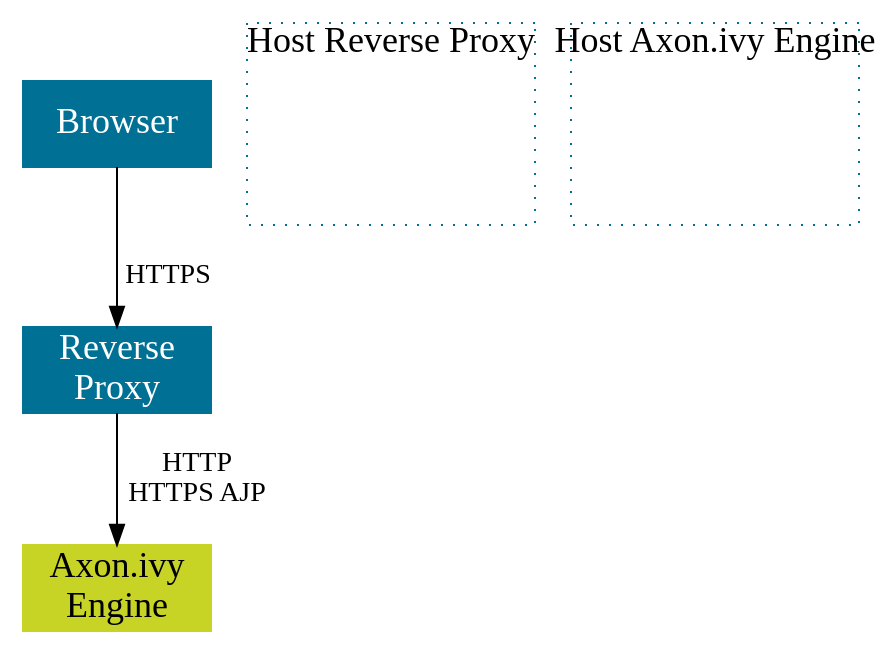
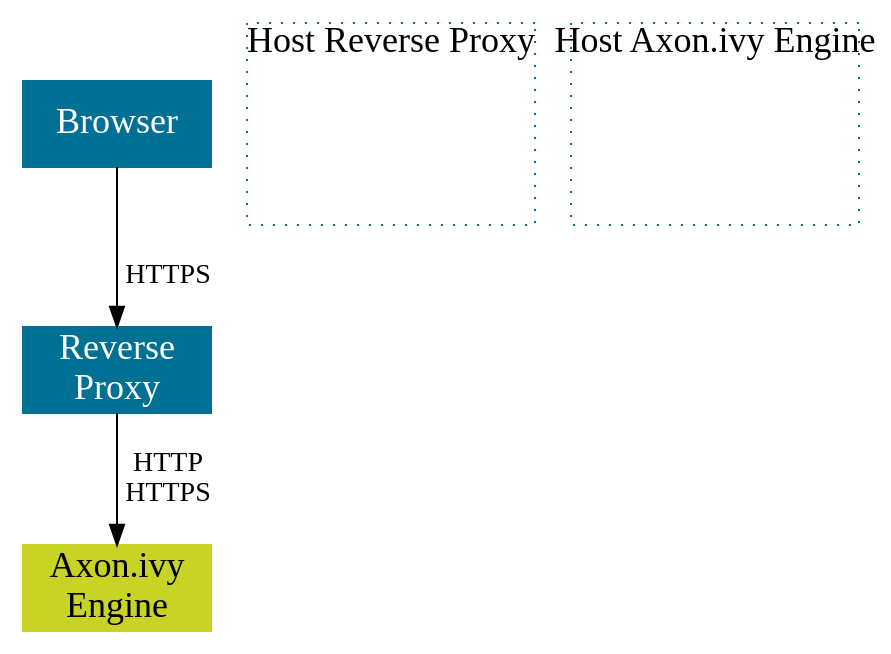
Before and after one commit to bernhardAxonIvy/doc: the diagram in source/engine-guide/integration/reverse-proxy/secure-setup/different-host.dot, drawn with Graphviz. The commit also changed 7 other files, not shown here.

```diff
--- a/source/engine-guide/integration/reverse-proxy/secure-setup/different-host.dot
+++ b/source/engine-guide/integration/reverse-proxy/secure-setup/different-host.dot
@@ -1,22 +1,22 @@
 
 digraph overview {
   node [
     shape=box, 
     style=filled,
     margin=0 width=2 height=0.8
     fontcolor="white",    
     color="#007095",
     fixedsize=true,
     fontsize=18
   ];
 
   browser [ label="Browser", pos = "0,2.5!", width="1.3" height="0.6"];
   reverseproxy [ label="Reverse\nProxy", pos="3,2.5!" width="1.3" height="0.6"]
   engine [label="Axon.ivy\nEngine", pos="6,2.5!", height="0.6", width="1.3", color="#C7D426", fontcolor="black"];
 
   hostProxy [ label="Host Reverse Proxy",pos = "3.0,2.6!" width=2 height=1.4 style="dotted" fontcolor="black" labelloc="t"];
   hostEngine [ label="Host Axon.ivy Engine",pos = "6.0,2.6!" width=2 height=1.4 style="dotted" fontcolor="black" labelloc="t"];
   
   browser -> reverseproxy [ label="HTTPS"];
-  reverseproxy -> engine [ label="HTTP\nHTTPS AJP" ];
+  reverseproxy -> engine [ label="HTTP\nHTTPS" ];
 }
```
